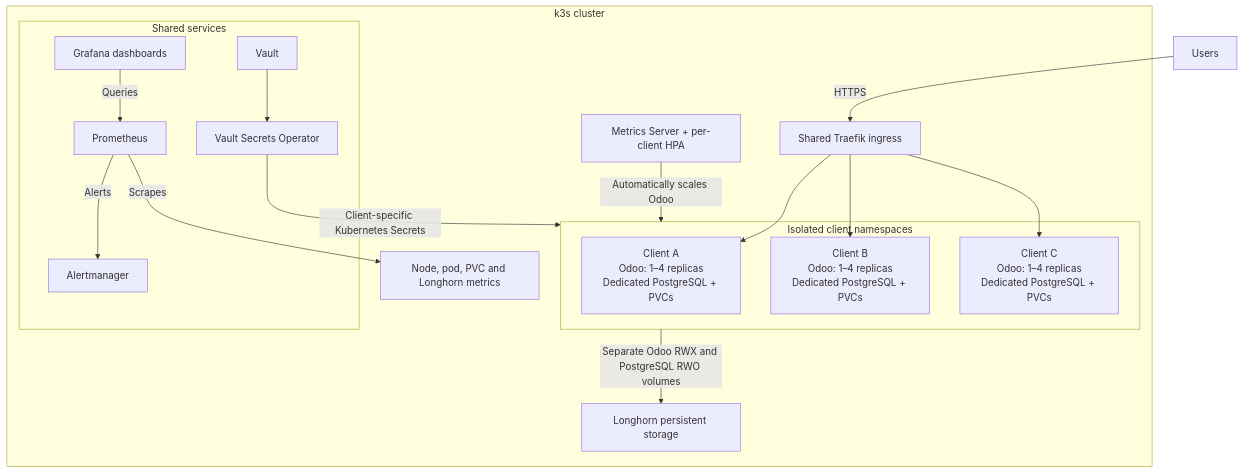
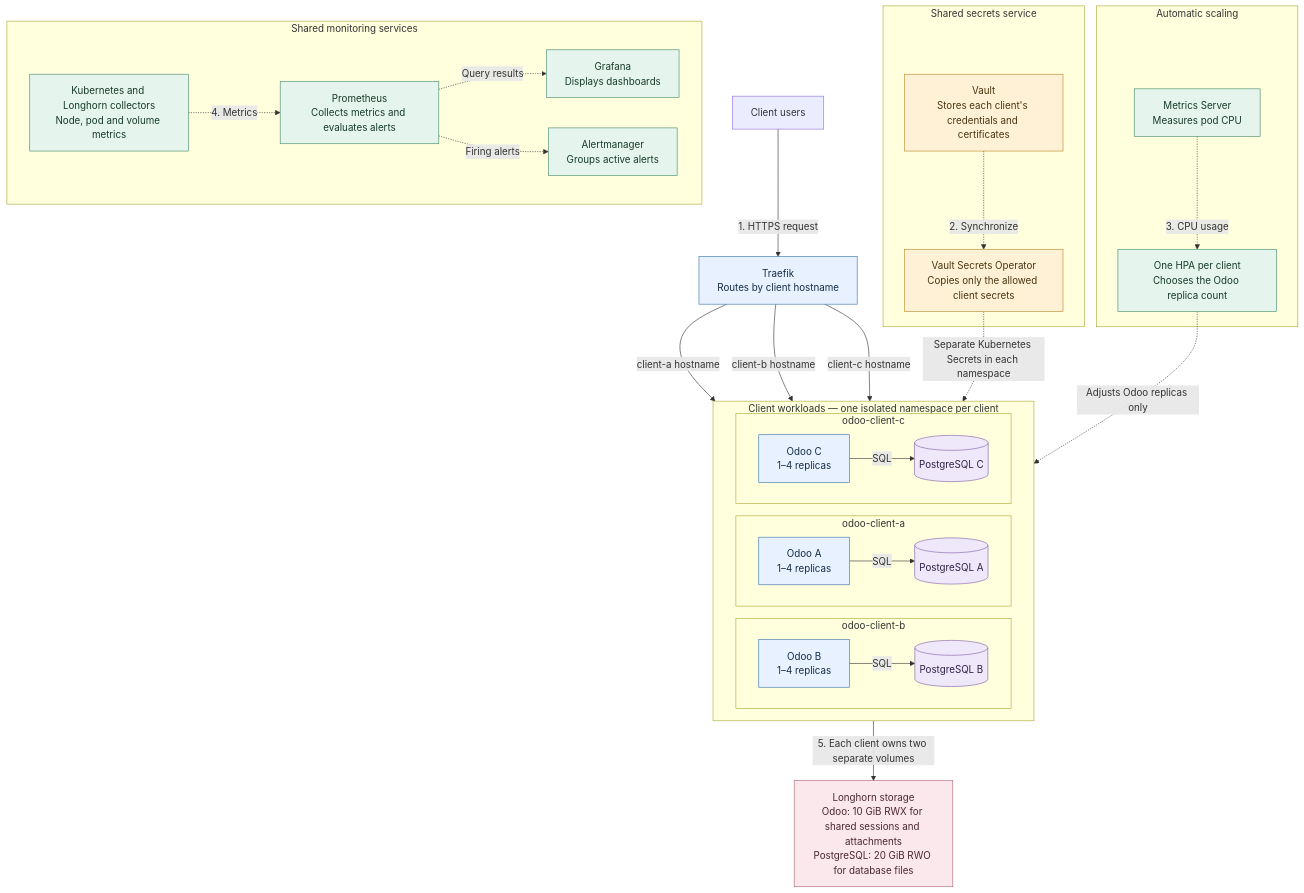
The first of 2 diagrams in DESIGN.md (Blascker/SRE-CASE), drawn with Mermaid before and after one commit. The commit also changed other lines of this file and 1 other file, not shown here.

````diff
--- a/DESIGN.md
+++ b/DESIGN.md
@@ -9,29 +9,59 @@
 ```mermaid
 flowchart TB
-    Users["Users"] -->|HTTPS| Ingress["Shared Traefik ingress"]
+    Users["Client users"] -->|1. HTTPS request| Traefik["Traefik<br/>Routes by client hostname"]
 
-    subgraph K3s["k3s cluster"]
-        Ingress
-        subgraph Clients["Isolated client namespaces"]
-            A["Client A<br/>Odoo: 1–4 replicas<br/>Dedicated PostgreSQL + PVCs"]
-            B["Client B<br/>Odoo: 1–4 replicas<br/>Dedicated PostgreSQL + PVCs"]
-            C["Client C<br/>Odoo: 1–4 replicas<br/>Dedicated PostgreSQL + PVCs"]
+    subgraph Clients["Client workloads — one isolated namespace per client"]
+        direction LR
+        subgraph A["odoo-client-a"]
+            OdooA["Odoo A<br/>1–4 replicas"] -->|SQL| DbA[("PostgreSQL A")]
         end
-        subgraph Services["Shared services"]
-            Vault["Vault"] --> VSO["Vault Secrets Operator"]
-            Grafana["Grafana dashboards"] -->|Queries| Prometheus["Prometheus"]
-            Prometheus -->|Alerts| Alertmanager["Alertmanager"]
+        subgraph B["odoo-client-b"]
+            OdooB["Odoo B<br/>1–4 replicas"] -->|SQL| DbB[("PostgreSQL B")]
         end
-        Scaling["Metrics Server + per-client HPA"]
-        Metrics["Node, pod, PVC and Longhorn metrics"]
-        Longhorn["Longhorn persistent storage"]
+        subgraph C["odoo-client-c"]
+            OdooC["Odoo C<br/>1–4 replicas"] -->|SQL| DbC[("PostgreSQL C")]
+        end
     end
 
-    Ingress --> A
-    Ingress --> B
-    Ingress --> C
-    VSO -->|Client-specific Kubernetes Secrets| Clients
-    Scaling -->|Automatically scales Odoo| Clients
-    Clients -->|Separate Odoo RWX and PostgreSQL RWO volumes| Longhorn
-    Prometheus -->|Scrapes| Metrics
+    Traefik -->|client-a hostname| OdooA
+    Traefik -->|client-b hostname| OdooB
+    Traefik -->|client-c hostname| OdooC
+
+    subgraph Secrets["Shared secrets service"]
+        Vault["Vault<br/>Stores each client's credentials and certificates"]
+        VSO["Vault Secrets Operator<br/>Copies only the allowed client secrets"]
+        Vault -.->|2. Synchronize| VSO
+    end
+    VSO -.->|Separate Kubernetes Secrets in each namespace| Clients
+
+    subgraph Autoscaling["Automatic scaling"]
+        MS["Metrics Server<br/>Measures pod CPU"]
+        HPA["One HPA per client<br/>Chooses the Odoo replica count"]
+        MS -.->|3. CPU usage| HPA
+    end
+    HPA -.->|Adjusts Odoo replicas only| Clients
+
+    subgraph Monitoring["Shared monitoring services"]
+        Sources["Kubernetes and Longhorn collectors<br/>Node, pod and volume metrics"]
+        Prom["Prometheus<br/>Collects metrics and evaluates alerts"]
+        Grafana["Grafana<br/>Displays dashboards"]
+        Alerts["Alertmanager<br/>Groups active alerts"]
+        Sources -.->|4. Metrics| Prom
+        Prom -.->|Query results| Grafana
+        Prom -.->|Firing alerts| Alerts
+    end
+
+    Clients -->|5. Each client owns two separate volumes| Storage
+    Storage["Longhorn storage<br/>Odoo: 10 GiB RWX for shared sessions and attachments<br/>PostgreSQL: 20 GiB RWO for database files"]
+
+    classDef app fill:#e8f1ff,stroke:#3973ac,color:#152c44
+    classDef db fill:#eee8fa,stroke:#8060a8,color:#302145
+    classDef secrets fill:#fff1d6,stroke:#b8882c,color:#493510
+    classDef metrics fill:#e5f4ec,stroke:#46896a,color:#183b2b
+    classDef storage fill:#fbe8ec,stroke:#ad6678,color:#492732
+    class Traefik,OdooA,OdooB,OdooC app
+    class DbA,DbB,DbC db
+    class Vault,VSO secrets
+    class MS,HPA,Sources,Prom,Grafana,Alerts metrics
+    class Storage storage
 ```
````
